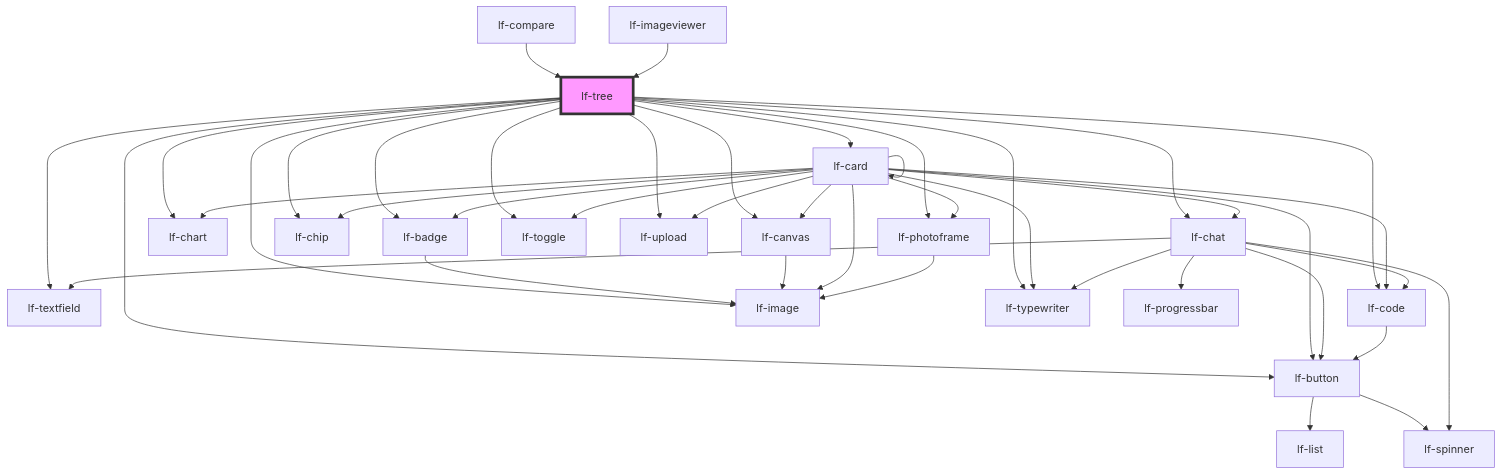
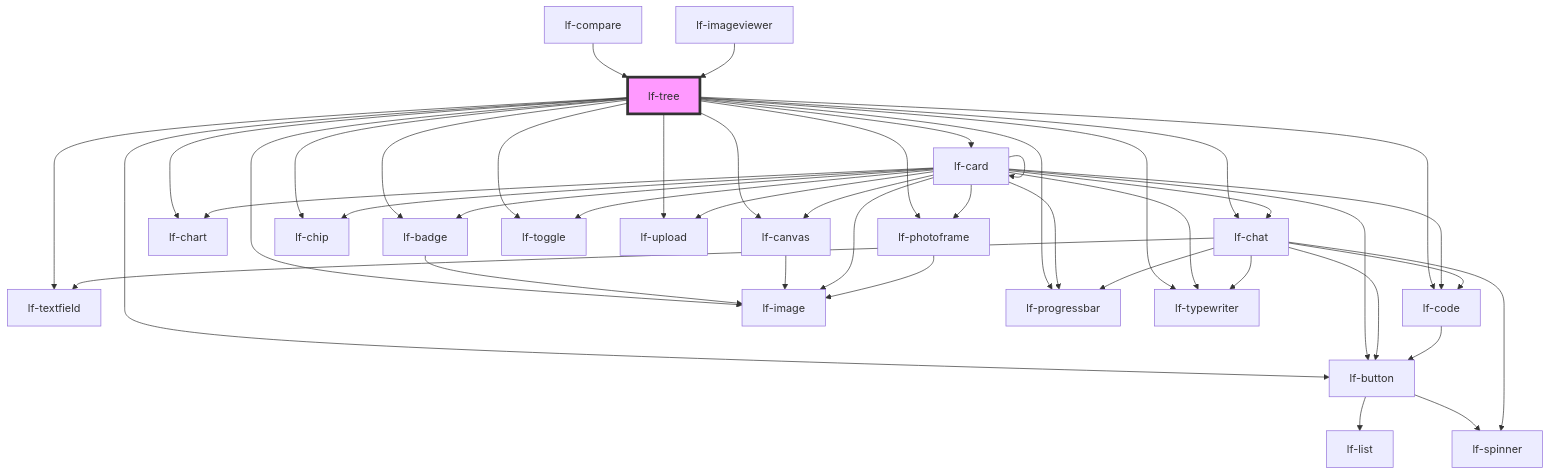
Before and after one commit to lucafoscili/lf-widgets: the diagram in packages/core/src/components/lf-tree/readme.md, drawn with Mermaid. The commit also changed other lines of this file and 9 other files, not shown here.

````diff
--- a/packages/core/src/components/lf-tree/readme.md
+++ b/packages/core/src/components/lf-tree/readme.md
@@ -198,45 +199,47 @@
 ```mermaid
 graph TD;
   lf-tree --> lf-textfield
   lf-tree --> lf-badge
   lf-tree --> lf-button
   lf-tree --> lf-canvas
   lf-tree --> lf-card
   lf-tree --> lf-chart
   lf-tree --> lf-chat
   lf-tree --> lf-chip
   lf-tree --> lf-code
   lf-tree --> lf-image
   lf-tree --> lf-photoframe
+  lf-tree --> lf-progressbar
   lf-tree --> lf-toggle
   lf-tree --> lf-typewriter
   lf-tree --> lf-upload
   lf-badge --> lf-image
   lf-button --> lf-list
   lf-button --> lf-spinner
   lf-canvas --> lf-image
   lf-card --> lf-badge
   lf-card --> lf-button
   lf-card --> lf-canvas
   lf-card --> lf-card
   lf-card --> lf-chart
   lf-card --> lf-chat
   lf-card --> lf-chip
   lf-card --> lf-code
   lf-card --> lf-image
   lf-card --> lf-photoframe
+  lf-card --> lf-progressbar
   lf-card --> lf-toggle
   lf-card --> lf-typewriter
   lf-card --> lf-upload
   lf-chat --> lf-spinner
   lf-chat --> lf-button
   lf-chat --> lf-typewriter
   lf-chat --> lf-progressbar
   lf-chat --> lf-textfield
   lf-chat --> lf-code
   lf-code --> lf-button
   lf-photoframe --> lf-image
   lf-compare --> lf-tree
   lf-imageviewer --> lf-tree
   style lf-tree fill:#f9f,stroke:#333,stroke-width:4px
 ```
````
